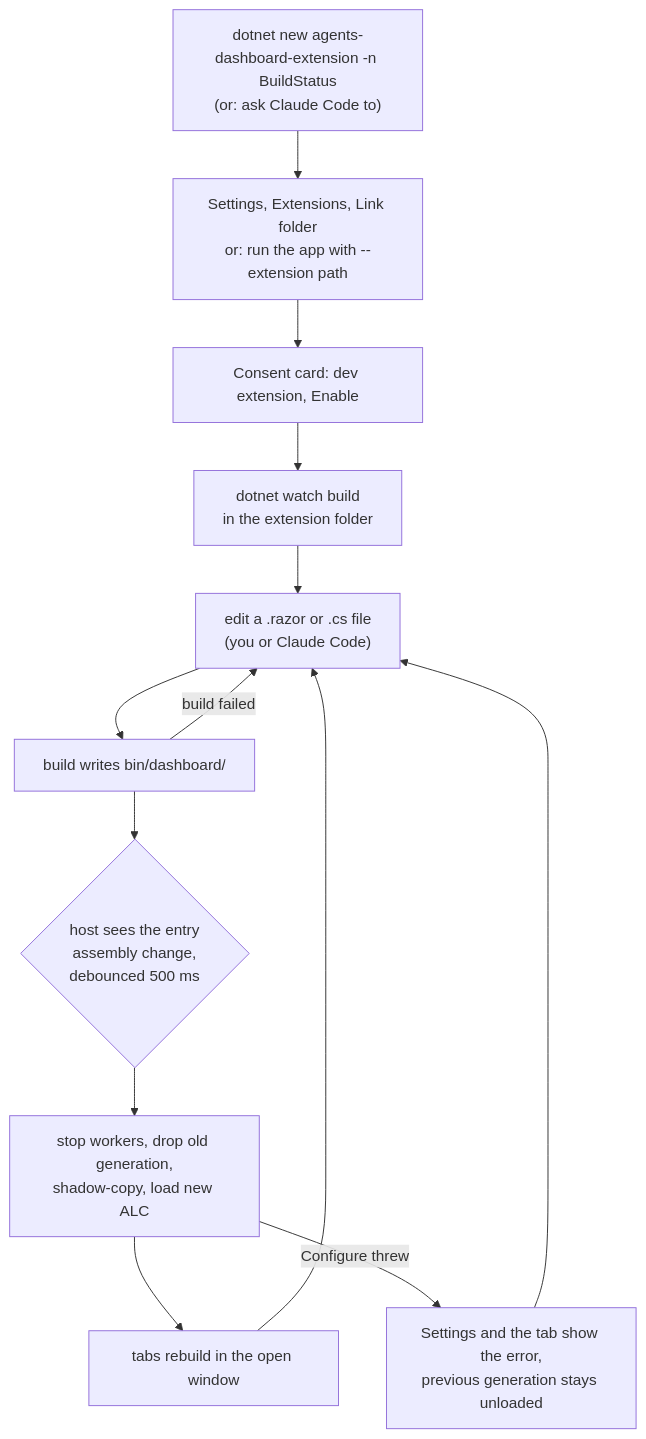
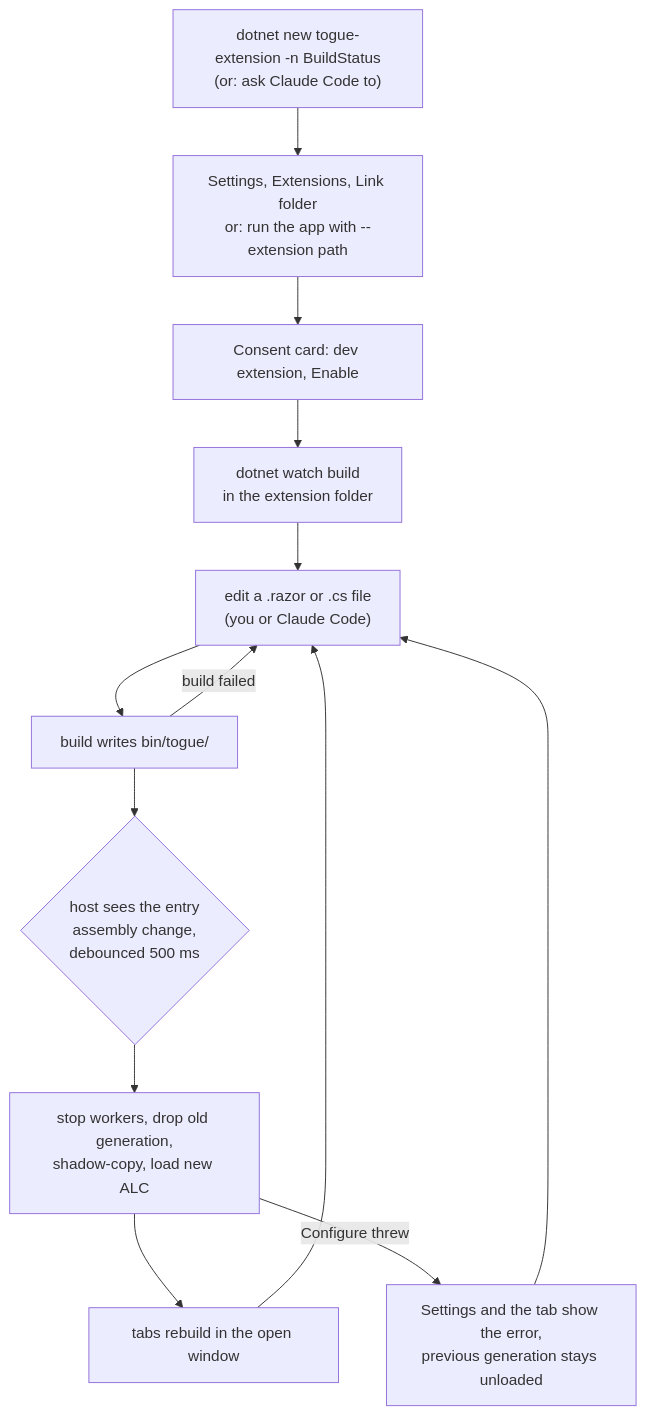
One commit to BradenTerry/Tog changed the third of 3 diagrams in docs/design/extensions.md. Above: the diagram before and after it, drawn with Mermaid. The commit also changed other lines of this file and 483 other files, not shown here.

First line of the commit message:
Rename the app from Agents Dashboard to Togue

````diff
--- a/docs/design/extensions.md
+++ b/docs/design/extensions.md
@@ -552,15 +552,15 @@
 ```mermaid
 flowchart TD
-    A["dotnet new agents-dashboard-extension -n BuildStatus<br/>(or: ask Claude Code to)"] --> B["Settings, Extensions, Link folder<br/>or: run the app with --extension path"]
+    A["dotnet new togue-extension -n BuildStatus<br/>(or: ask Claude Code to)"] --> B["Settings, Extensions, Link folder<br/>or: run the app with --extension path"]
     B --> C["Consent card: dev extension, Enable"]
     C --> D["dotnet watch build<br/>in the extension folder"]
     D --> E["edit a .razor or .cs file<br/>(you or Claude Code)"]
-    E --> F["build writes bin/dashboard/"]
+    E --> F["build writes bin/togue/"]
     F --> G{"host sees the entry<br/>assembly change,<br/>debounced 500 ms"}
     G --> H["stop workers, drop old generation,<br/>shadow-copy, load new ALC"]
     H --> I["tabs rebuild in the open window"]
     I --> E
     F -->|"build failed"| E
     H -->|"Configure threw"| J["Settings and the tab show the error,<br/>previous generation stays unloaded"]
     J --> E
 ```
````
